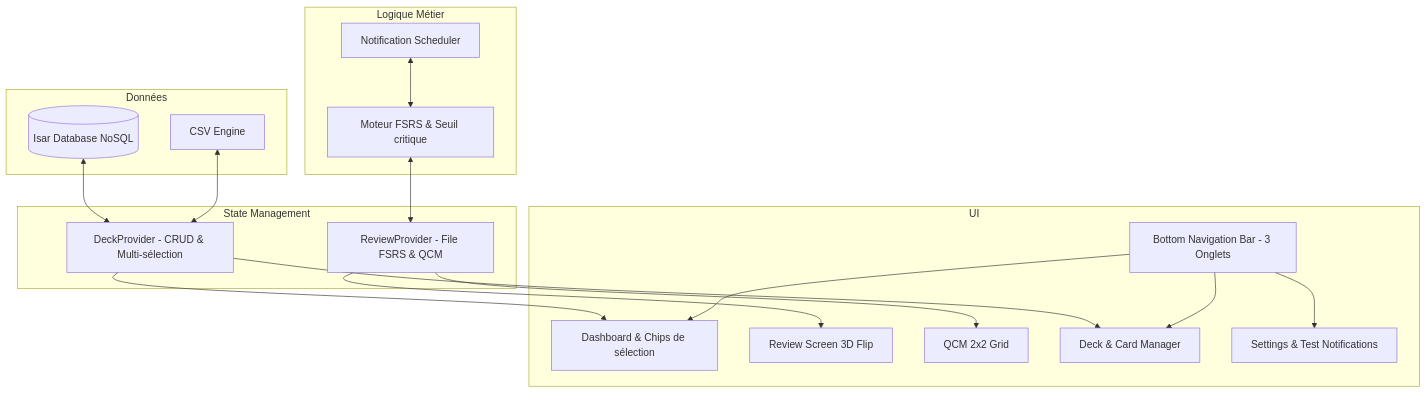
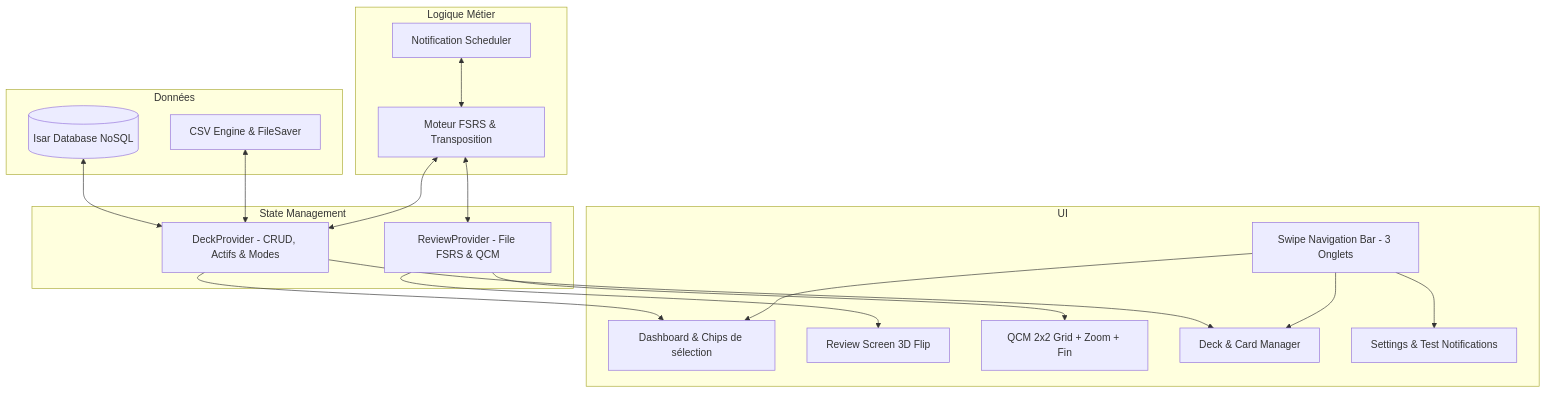
Before and after one commit to Tahlasandale/L_E_A_R_N: the diagram in README.md, drawn with Mermaid. The commit also changed other lines of this file and 32 other files, not shown here.

Commit message:
feat(colles,ux): add animations, long-press zoom, inactive decks, random toggle, smart FSRS switch, and kawaii logo

````diff
--- a/README.md
+++ b/README.md
@@ -97,35 +105,36 @@
 ```mermaid
 flowchart TD
     subgraph Données
         Isar[(Isar Database NoSQL)]
-        CSVIO[CSV Engine]
+        CSVIO[CSV Engine & FileSaver]
     end
 
     subgraph Logique Métier
-        FSRSEngine[Moteur FSRS & Seuil critique]
+        FSRSEngine[Moteur FSRS & Transposition]
         NotifService[Notification Scheduler]
     end
 
     subgraph State Management
-        DeckProvider[DeckProvider - CRUD & Multi-sélection]
+        DeckProvider[DeckProvider - CRUD, Actifs & Modes]
         ReviewProvider[ReviewProvider - File FSRS & QCM]
     end
 
     subgraph UI
-        Nav[Bottom Navigation Bar - 3 Onglets]
+        Nav[Swipe Navigation Bar - 3 Onglets]
         Dash[Dashboard & Chips de sélection]
         Classic[Review Screen 3D Flip]
-        QCM[QCM 2x2 Grid]
+        QCM[QCM 2x2 Grid + Zoom + Fin]
         Manager[Deck & Card Manager]
         Settings[Settings & Test Notifications]
     end
 
     Isar <--> DeckProvider
     CSVIO <--> DeckProvider
     FSRSEngine <--> ReviewProvider
+    FSRSEngine <--> DeckProvider
     NotifService <--> FSRSEngine
     
     DeckProvider --> Dash & Manager
     ReviewProvider --> Classic & QCM
     Nav --> Dash & Manager & Settings
 ```
````
